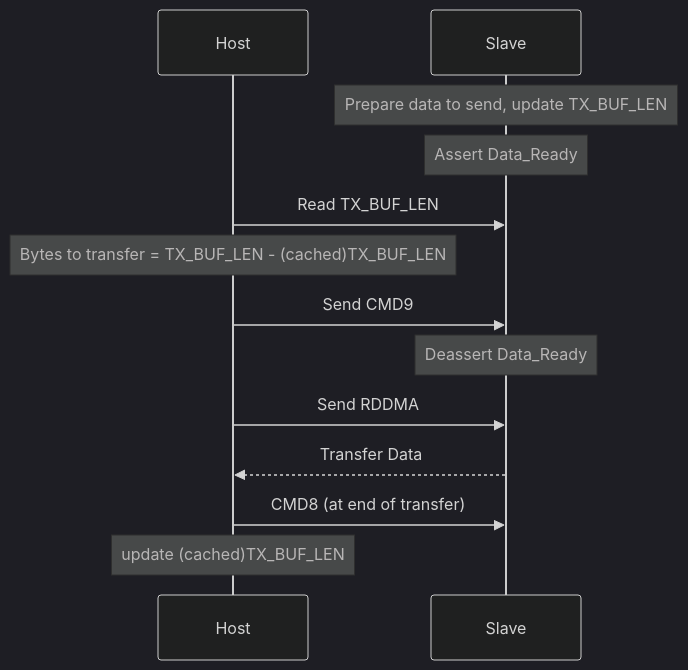
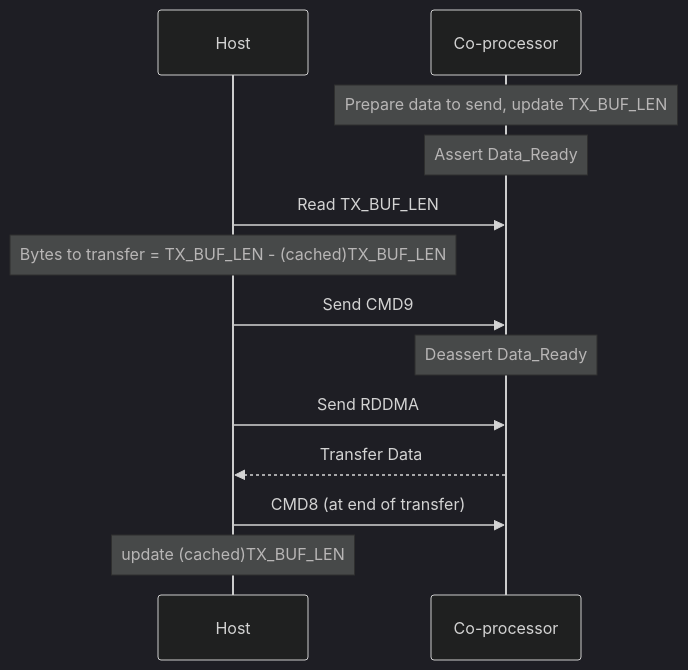
One commit to espressif/esp-hosted changed the second of 3 diagrams in docs/spi_half_duplex.md. Above: the diagram before and after it, drawn with Mermaid (dark theme). The commit also changed other lines of this file and 11 other files, not shown here.

````diff
--- a/docs/spi_half_duplex.md
+++ b/docs/spi_half_duplex.md
@@ -297,22 +271,22 @@
 ```mermaid
 sequenceDiagram
     participant h as Host
-    participant s as Slave
+    participant s as Co-processor
 
     note over s : Prepare data to send, update TX_BUF_LEN
 
     note over s : Assert Data_Ready
 
     h ->> s : Read TX_BUF_LEN
     note over h : Bytes to transfer = TX_BUF_LEN - (cached)TX_BUF_LEN
 
     h ->> s : Send CMD9
     note over s : Deassert Data_Ready
 
     h ->> s : Send RDDMA
     s -->> h : Transfer Data
 
     h ->> s : CMD8 (at end of transfer)
 
     note over h : update (cached)TX_BUF_LEN
 ```
````
